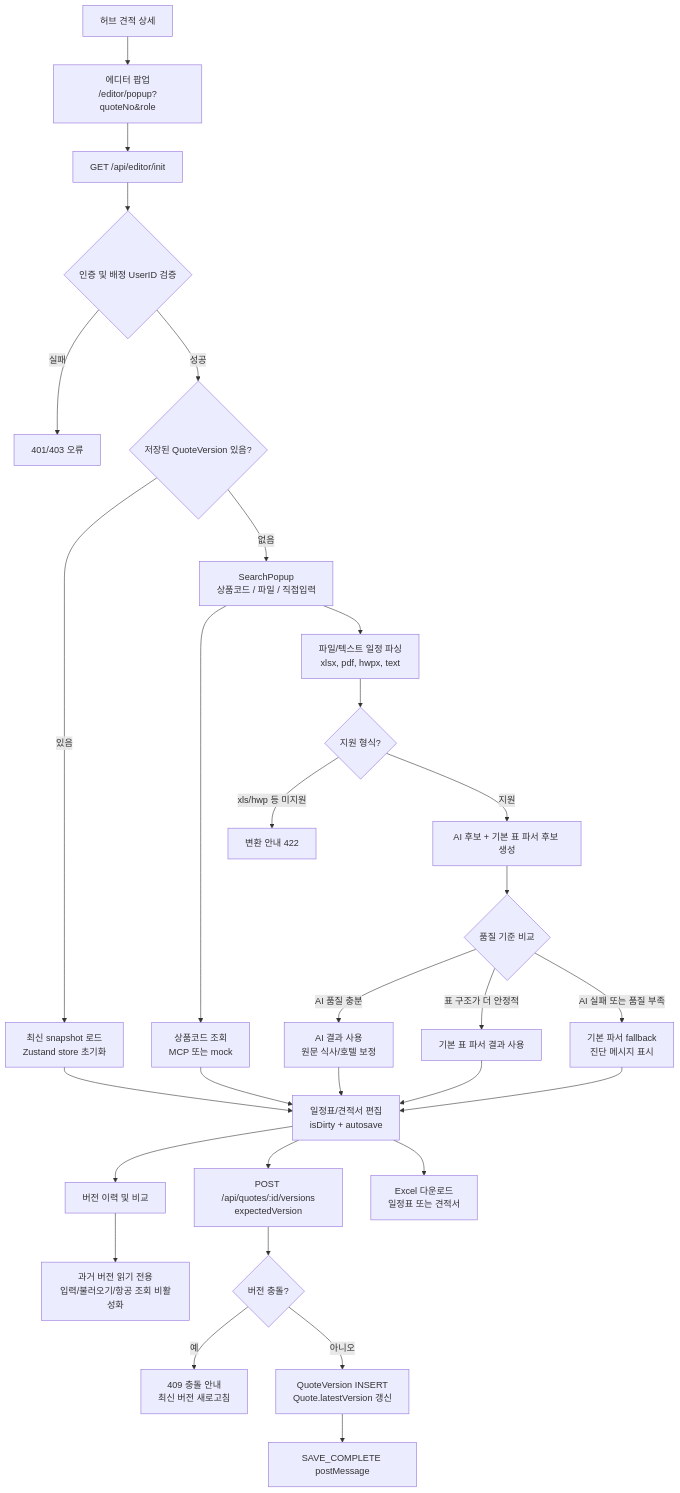
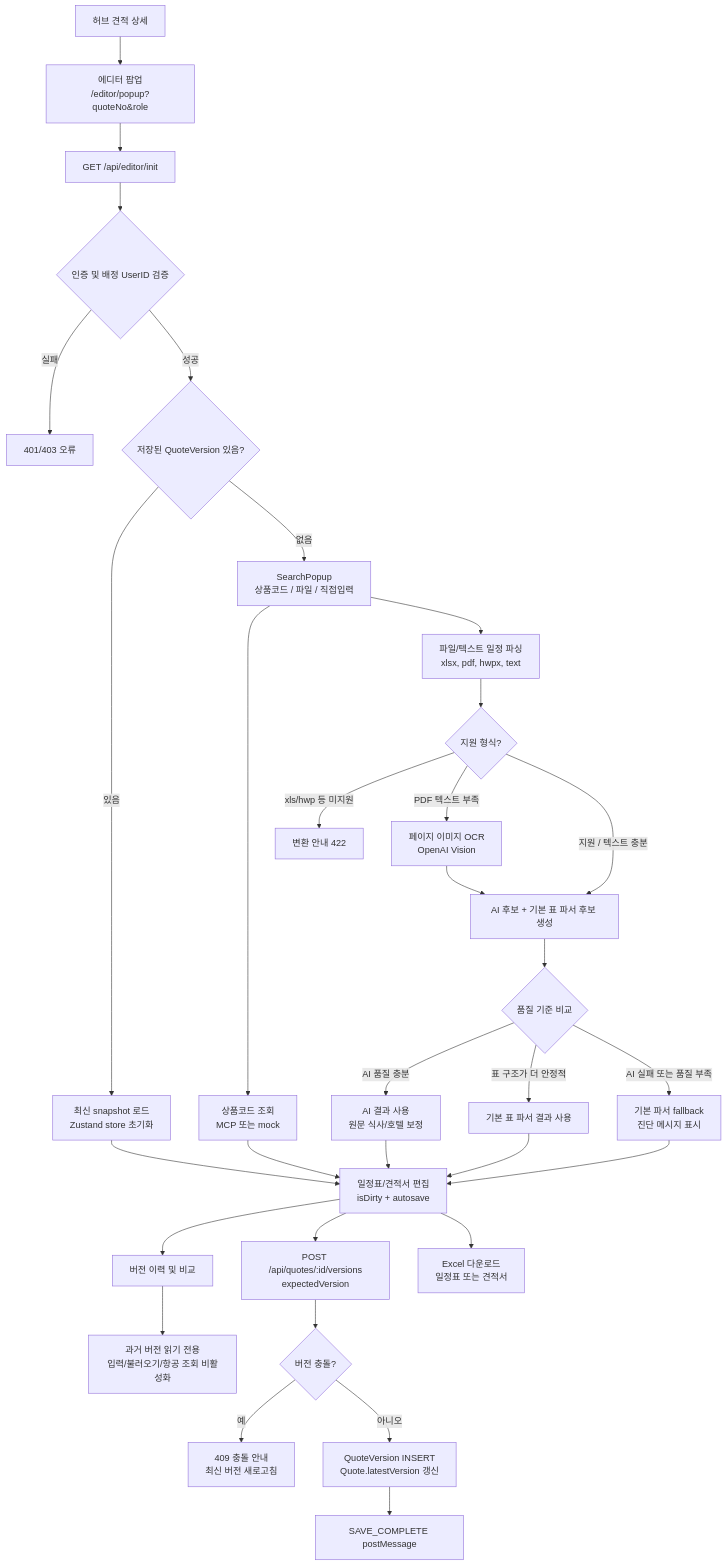
One commit to yoonzzan/tour-editor changed the first of 2 diagrams in README.md. Above: the diagram before and after it, drawn with Mermaid. The commit also changed other lines of this file and 17 other files, not shown here.

````diff
--- a/README.md
+++ b/README.md
@@ -105,35 +105,37 @@
 ```mermaid
 flowchart TD
   Hub[허브 견적 상세] --> Popup[에디터 팝업<br/>/editor/popup?quoteNo&role]
   Popup --> Init[GET /api/editor/init]
   Init --> Auth{인증 및 배정 UserID 검증}
   Auth -- 실패 --> Denied[401/403 오류]
   Auth -- 성공 --> VersionState{저장된 QuoteVersion 있음?}
   VersionState -- 있음 --> Load[최신 snapshot 로드<br/>Zustand store 초기화]
   VersionState -- 없음 --> Import[SearchPopup<br/>상품코드 / 파일 / 직접입력]
 
   Import --> Product[상품코드 조회<br/>MCP 또는 mock]
   Import --> File[파일/텍스트 일정 파싱<br/>xlsx, pdf, hwpx, text]
   File --> Format{지원 형식?}
   Format -- xls/hwp 등 미지원 --> Convert[변환 안내 422]
-  Format -- 지원 --> Parse[AI 후보 + 기본 표 파서 후보 생성]
+  Format -- PDF 텍스트 부족 --> Ocr[페이지 이미지 OCR<br/>OpenAI Vision]
+  Format -- 지원 / 텍스트 충분 --> Parse[AI 후보 + 기본 표 파서 후보 생성]
+  Ocr --> Parse
   Parse --> Pick{품질 기준 비교}
   Pick -- AI 품질 충분 --> AiResult[AI 결과 사용<br/>원문 식사/호텔 보정]
   Pick -- 표 구조가 더 안정적 --> TableResult[기본 표 파서 결과 사용]
   Pick -- AI 실패 또는 품질 부족 --> Fallback[기본 파서 fallback<br/>진단 메시지 표시]
 
   Product --> Edit[일정표/견적서 편집<br/>isDirty + autosave]
   AiResult --> Edit
   TableResult --> Edit
   Fallback --> Edit
   Load --> Edit
 
   Edit --> History[버전 이력 및 비교]
   History --> Readonly[과거 버전 읽기 전용<br/>입력/불러오기/항공 조회 비활성화]
   Edit --> Save[POST /api/quotes/:id/versions<br/>expectedVersion]
   Save --> Conflict{버전 충돌?}
   Conflict -- 예 --> Reload[409 충돌 안내<br/>최신 버전 새로고침]
   Conflict -- 아니오 --> CreateVersion[QuoteVersion INSERT<br/>Quote.latestVersion 갱신]
   CreateVersion --> Parent[SAVE_COMPLETE postMessage]
   Edit --> Export[Excel 다운로드<br/>일정표 또는 견적서]
 ```
````
